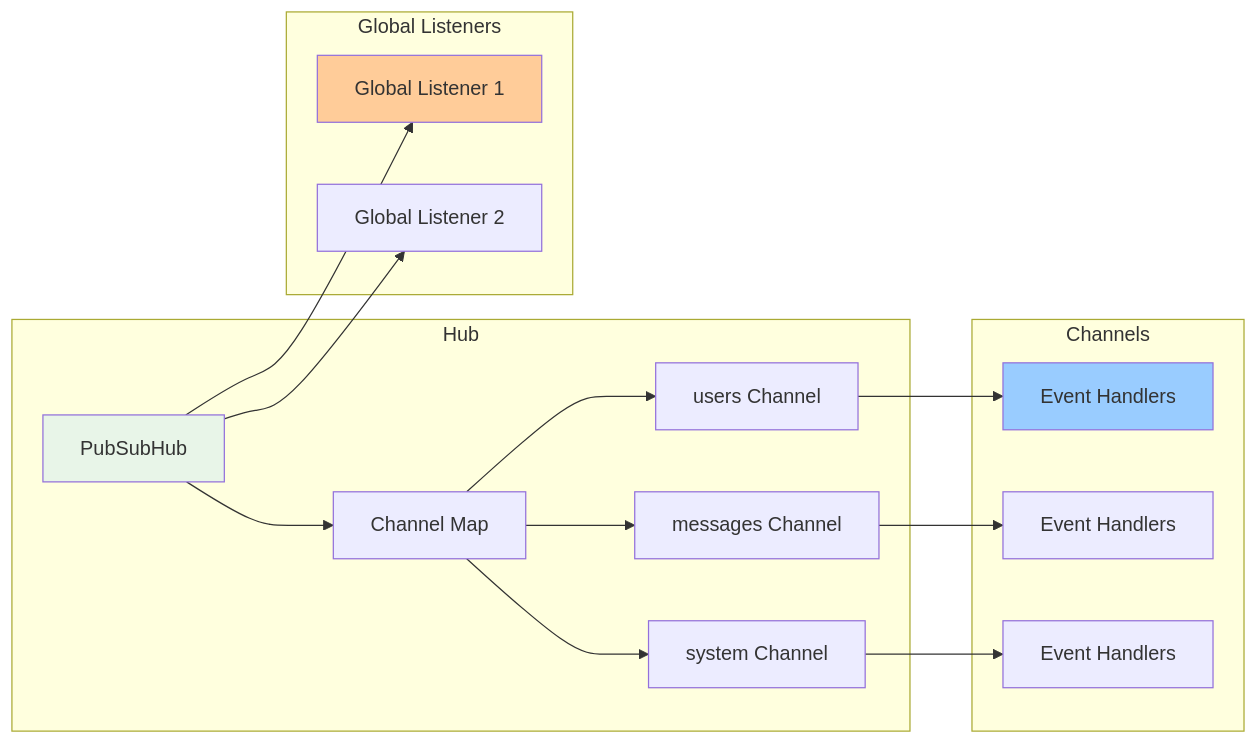
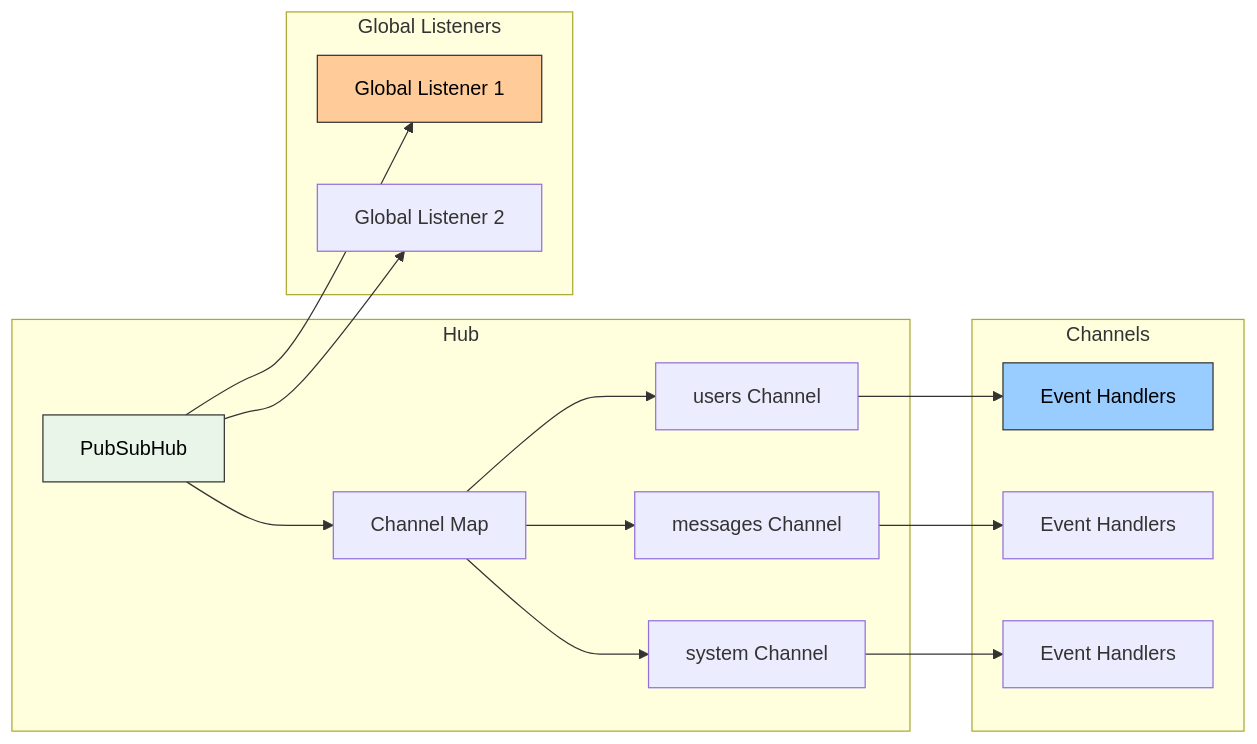
One commit to sujeet-pro/reactivity changed diagram 16 of 18 in README.md. Above: the diagram before and after it, drawn with Mermaid. The commit also changed other lines of this file and 4 other files, not shown here.

````diff
--- a/README.md
+++ b/README.md
@@ -620,27 +658,27 @@
 ```mermaid
 graph LR
     subgraph "Hub"
         A[PubSubHub] --> B[Channel Map]
         B --> C[users Channel]
         B --> D[messages Channel]
         B --> E[system Channel]
     end
     
     subgraph "Channels"
         C --> F[Event Handlers]
         D --> G[Event Handlers]
         E --> H[Event Handlers]
     end
     
     subgraph "Global Listeners"
         I[Global Listener 1]
         J[Global Listener 2]
     end
     
     A --> I
     A --> J
     
-    style A fill:#e8f5e8
-    style F fill:#99ccff
-    style I fill:#ffcc99
+    style A fill:#e8f5e8,stroke:#333,color:#000
+    style F fill:#99ccff,stroke:#333,color:#000
+    style I fill:#ffcc99,stroke:#333,color:#000
 ```
````
